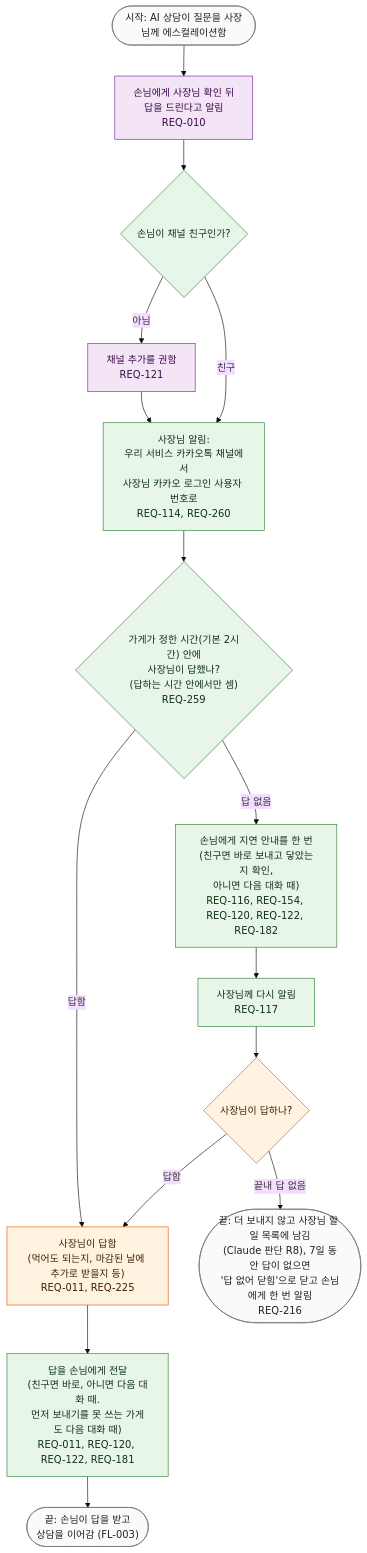
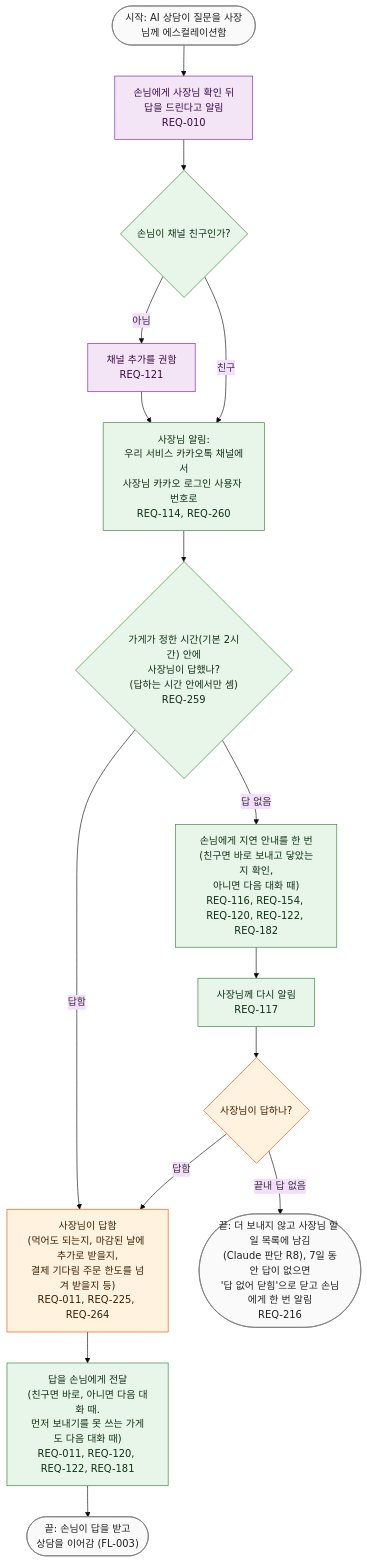
One commit to kodonghui/siljang.ai changed the diagram in docs/03-user-flow/FL-005-handed-off-question.md. Above: the diagram before and after it, drawn with Mermaid (base theme). The commit also changed other lines of this file and 8 other files, not shown here.

````diff
--- a/docs/03-user-flow/FL-005-handed-off-question.md
+++ b/docs/03-user-flow/FL-005-handed-off-question.md
@@ -20,35 +20,35 @@
 ```mermaid
 flowchart TD
   S(["시작: AI 상담이 질문을 사장님께 에스컬레이션함"])
   H1["손님에게 사장님 확인 뒤<br/>답을 드린다고 알림<br/>REQ-010"]
   D1{"손님이 채널 친구인가?"}
   H2["채널 추가를 권함<br/>REQ-121"]
   H3["사장님 알림:<br/>우리 서비스 카카오톡 채널에서<br/>사장님 카카오 로그인 사용자 번호로<br/>REQ-114, REQ-260"]
   D2{"가게가 정한 시간(기본 2시간) 안에<br/>사장님이 답했나?<br/>(답하는 시간 안에서만 셈)<br/>REQ-259"}
   H4["손님에게 지연 안내를 한 번<br/>(친구면 바로 보내고 닿았는지 확인,<br/>아니면 다음 대화 때)<br/>REQ-116, REQ-154, REQ-120, REQ-122, REQ-182"]
   H5["사장님께 다시 알림<br/>REQ-117"]
   D3{"사장님이 답하나?"}
   E0(["끝: 더 보내지 않고 사장님 할 일 목록에 남김<br/>(Claude 판단 R8), 7일 동안 답이 없으면<br/>'답 없어 닫힘'으로 닫고 손님에게 한 번 알림<br/>REQ-216"])
-  H6["사장님이 답함<br/>(먹어도 되는지, 마감된 날에 추가로 받을지 등)<br/>REQ-011, REQ-225"]
+  H6["사장님이 답함<br/>(먹어도 되는지, 마감된 날에 추가로 받을지,<br/>결제 기다림 주문 한도를 넘겨 받을지 등)<br/>REQ-011, REQ-225, REQ-264"]
   H7["답을 손님에게 전달<br/>(친구면 바로, 아니면 다음 대화 때.<br/>먼저 보내기를 못 쓰는 가게도 다음 대화 때)<br/>REQ-011, REQ-120, REQ-122, REQ-181"]
   E1(["끝: 손님이 답을 받고<br/>상담을 이어감 (FL-003)"])
 
   S --> H1 --> D1
   D1 -->|"아님"| H2 --> H3
   D1 -->|"친구"| H3
   H3 --> D2
   D2 -->|"답함"| H6
   D2 -->|"답 없음"| H4 --> H5 --> D3
   D3 -->|"답함"| H6
   D3 -->|"끝내 답 없음"| E0
   H6 --> H7 --> E1
 
   classDef owner fill:#fff3e0,stroke:#e65100,color:#3e2000
   classDef ai fill:#f3e5f5,stroke:#7b1fa2,color:#3b0a4a
   classDef svc fill:#e8f5e9,stroke:#2e7d32,color:#0f3313
   classDef term fill:#fafafa,stroke:#757575,color:#212121
   class D3,H6 owner
   class H1,H2 ai
   class D1,H3,D2,H4,H5,H7 svc
   class S,E0,E1 term
 ```
````
